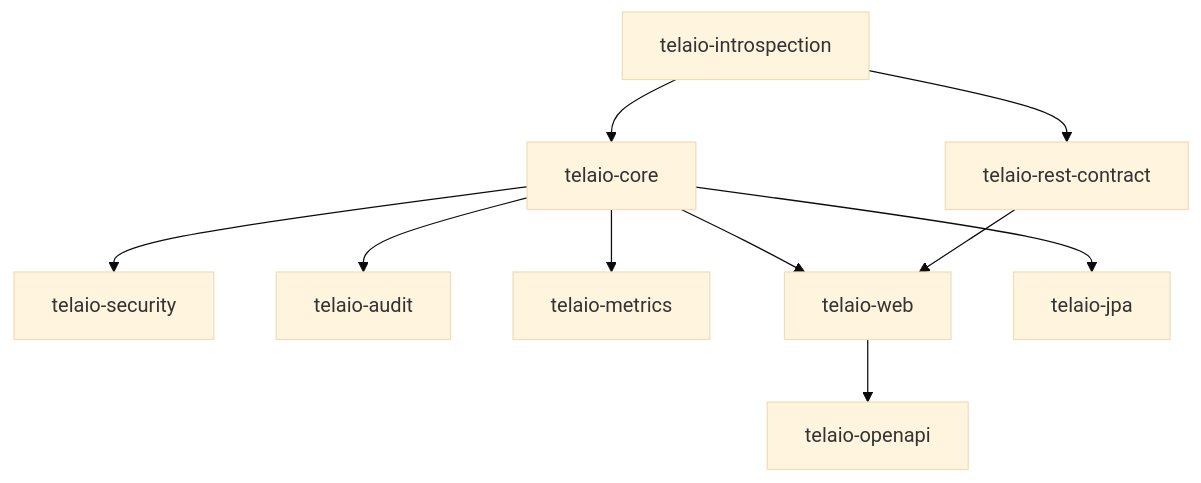
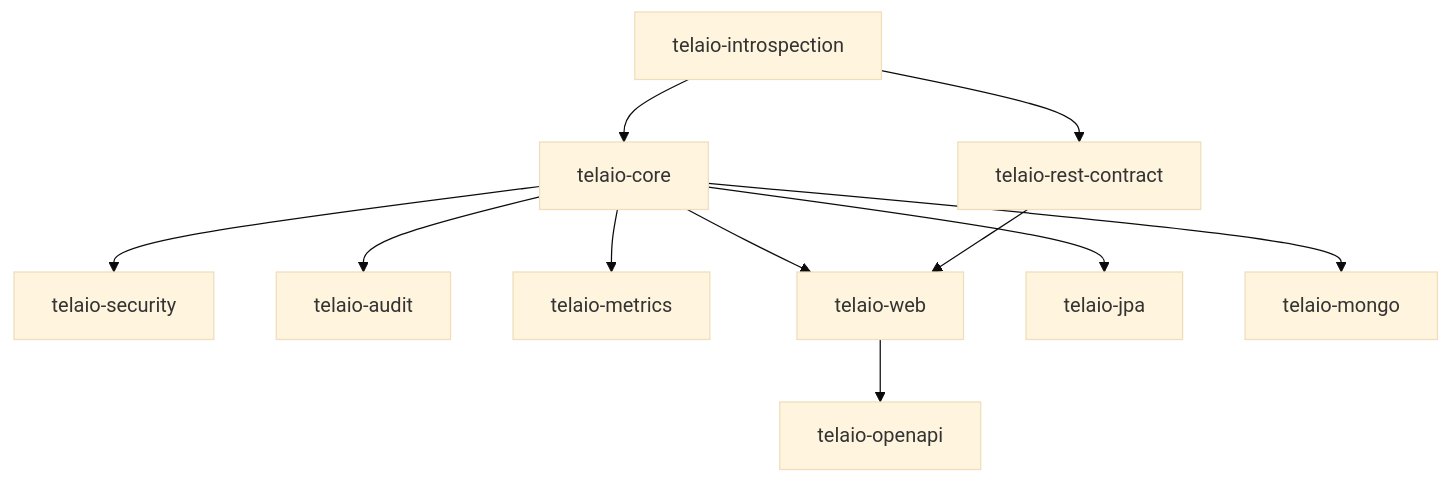
One commit to marcopag90/telaio changed the first of 2 diagrams in README.md. Above: the diagram before and after it, drawn with Mermaid (base theme). The commit also changed other lines of this file and 30 other files, not shown here.

````diff
--- a/README.md
+++ b/README.md
@@ -380,12 +380,13 @@
 ```mermaid
 graph TD
     INTRO[telaio-introspection] --> CORE[telaio-core]
     INTRO --> CONTRACT[telaio-rest-contract]
     CORE --> SEC[telaio-security]
     CORE --> AUDIT[telaio-audit]
     CORE --> METRICS[telaio-metrics]
     CORE --> WEB[telaio-web]
     CORE --> JPA[telaio-jpa]
+    CORE --> MONGO[telaio-mongo]
     CONTRACT --> WEB
     WEB --> OPENAPI[telaio-openapi]
 ```
````
